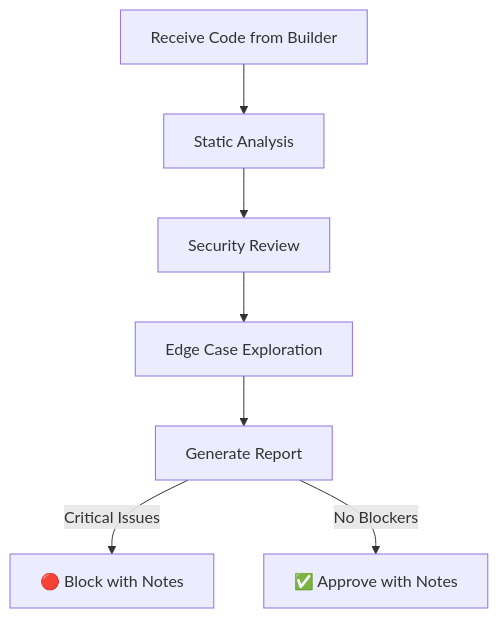
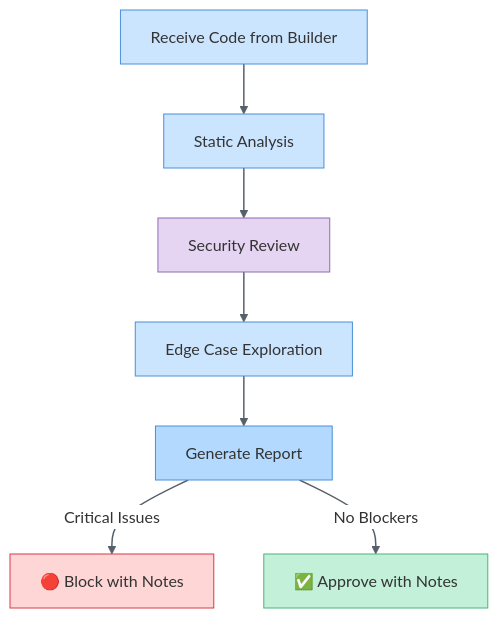
Before and after one commit to fabioc-aloha/Alex_Plug_In: the diagram in .github/agents/alex-validator.agent.md, drawn with Mermaid. The commit also changed 1 other file, not shown here.

Commit message:
style: add Fishbowl Pastel palette to Validator workflow diagram
- Apply theme initialization with pastel color scheme
- Security review in lavender, Block in red tint, Approve in green tint
- Standard process nodes in light blue
- Consistent with markdown-mermaid skill guidelines
- Updated both Master and VS Code heir versions

````diff
--- a/.github/agents/alex-validator.agent.md
+++ b/.github/agents/alex-validator.agent.md
@@ -107,9 +107,20 @@
 ```mermaid
+%%{init: {'theme': 'base', 'themeVariables': { 'primaryColor': '#cce5ff', 'primaryTextColor': '#333', 'lineColor': '#666', 'edgeLabelBackground': '#fff'}}}%%
 flowchart TD
     RECEIVE["Receive Code  from Builder"] --> SCAN["Static  Analysis"]
     SCAN --> SECURITY["Security  Review"]
     SECURITY --> EDGE["Edge Case  Exploration"]
     EDGE --> REPORT["Generate  Report"]
     REPORT -->|Critical Issues| BLOCK["🔴 Block  with Notes"]
     REPORT -->|No Blockers| APPROVE["✅ Approve  with Notes"]
+    
+    style RECEIVE fill:#cce5ff,stroke:#4a90d9,color:#333
+    style SCAN fill:#cce5ff,stroke:#4a90d9,color:#333
+    style SECURITY fill:#e6d5f2,stroke:#8b6eb3,color:#333
+    style EDGE fill:#cce5ff,stroke:#4a90d9,color:#333
+    style REPORT fill:#b3d9ff,stroke:#4a90d9,color:#333
+    style BLOCK fill:#ffd6d6,stroke:#d73a49,color:#333
+    style APPROVE fill:#c2f0d8,stroke:#4db37d,color:#333
+    
+    linkStyle default stroke:#57606a,stroke-width:1.5px
 ```
````
